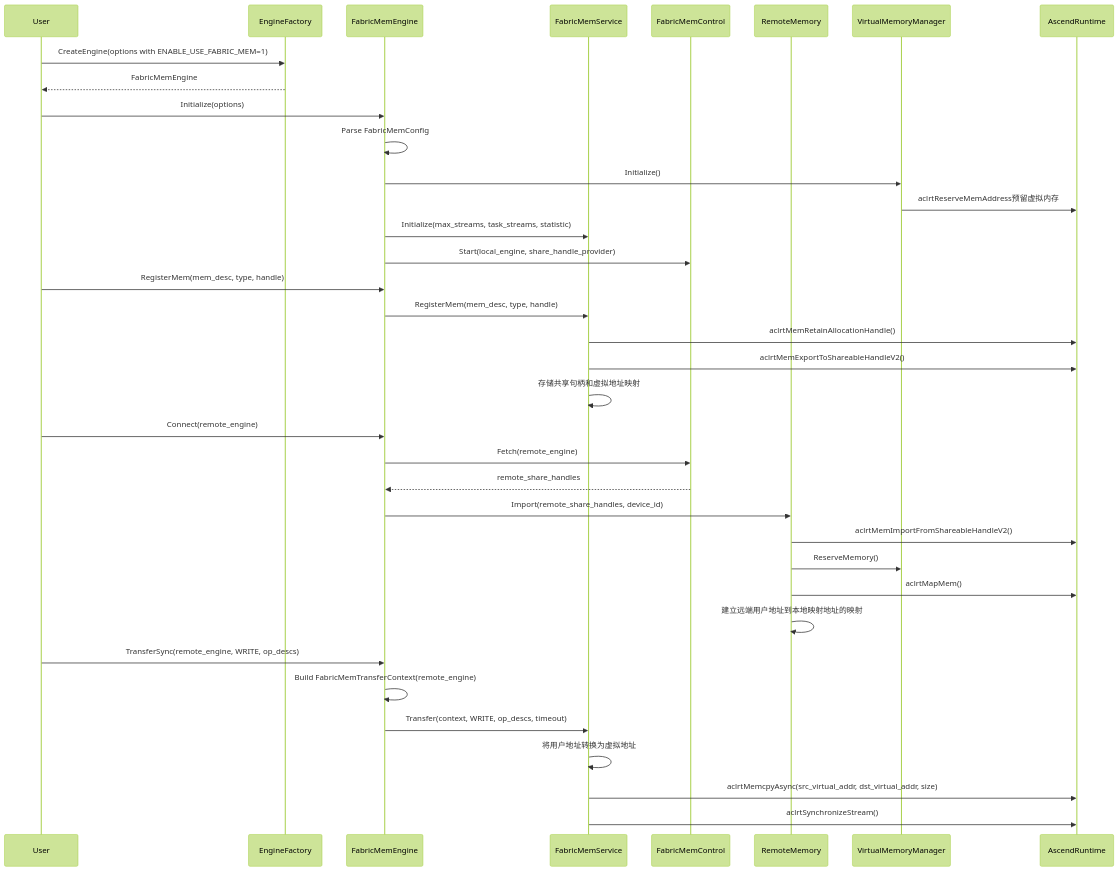
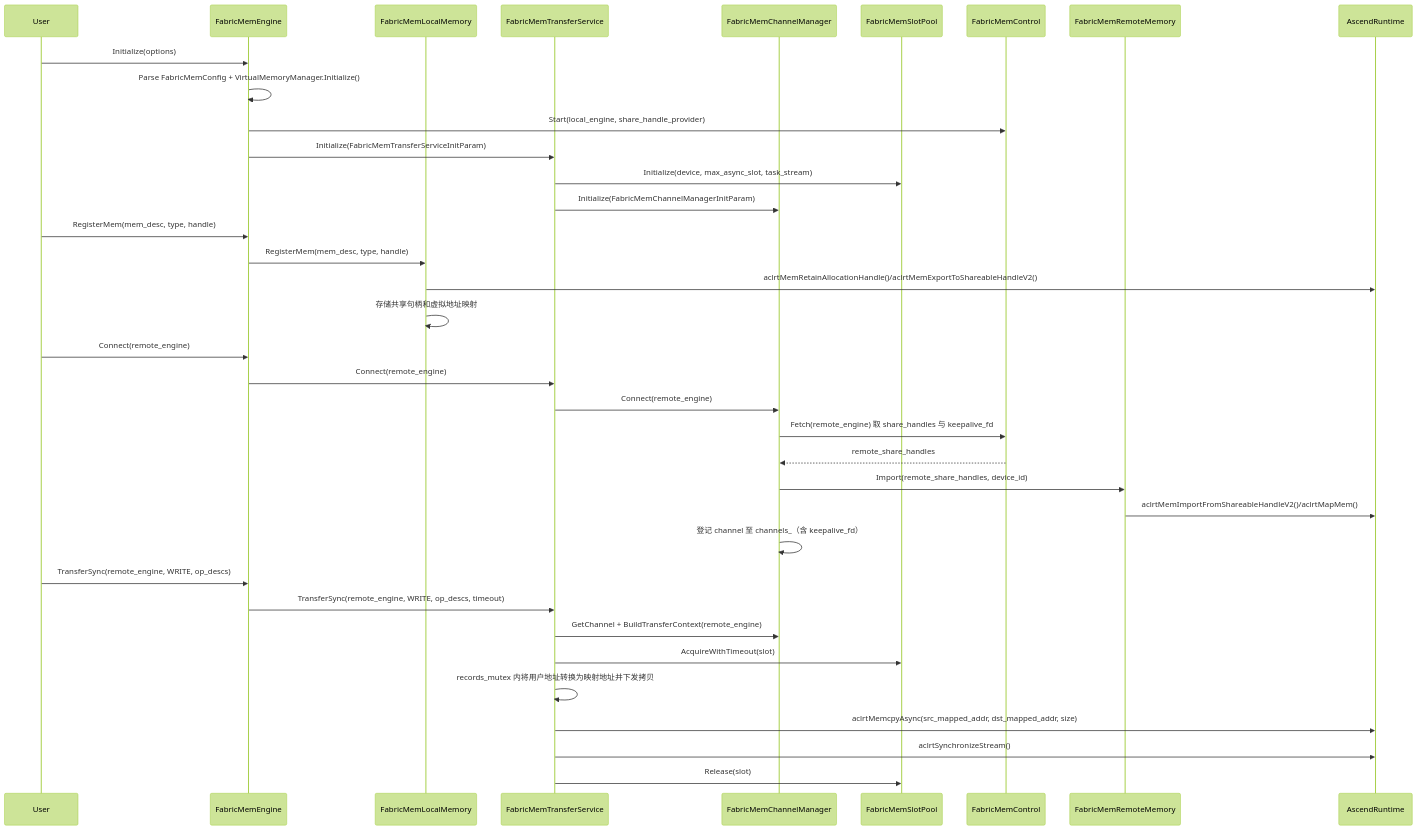
Before and after one commit to libochao-huawei/hixl: the second of 2 diagrams in docs/design/FabricMem模式设计.md, drawn with Mermaid (forest theme). The commit also changed other lines of this file and 17 other files, not shown here.

First line of the commit message:
[refactor]: 重构 fabric_mem 模块依赖与资源管理

````diff
--- a/docs/design/FabricMem模式设计.md
+++ b/docs/design/FabricMem模式设计.md
@@ -118,42 +162,42 @@
 ```mermaid
 sequenceDiagram
    participant User
-   participant EngineFactory
    participant FabricMemEngine
-   participant FabricMemService
-   participant FabricMemControl
-   participant RemoteMemory
-   participant VirtualMemoryManager
-   participant AscendRuntime
+   participant LocalMemory as FabricMemLocalMemory
+   participant Service as FabricMemTransferService
+   participant ChannelMgr as FabricMemChannelManager
+   participant SlotPool as FabricMemSlotPool
+   participant Control as FabricMemControl
+   participant RemoteMemory as FabricMemRemoteMemory
+   participant Runtime as AscendRuntime
 
-   User->>EngineFactory: CreateEngine(options with ENABLE_USE_FABRIC_MEM=1)
-   EngineFactory-->>User: FabricMemEngine
    User->>FabricMemEngine: Initialize(options)
-   FabricMemEngine->>FabricMemEngine: Parse FabricMemConfig
-   FabricMemEngine->>VirtualMemoryManager: Initialize()
-   VirtualMemoryManager->>AscendRuntime: aclrtReserveMemAddress预留虚拟内存
-   FabricMemEngine->>FabricMemService: Initialize(max_streams, task_streams, statistic)
-   FabricMemEngine->>FabricMemControl: Start(local_engine, share_handle_provider)
+   FabricMemEngine->>FabricMemEngine: Parse FabricMemConfig + VirtualMemoryManager.Initialize()
+   FabricMemEngine->>Control: Start(local_engine, share_handle_provider)
+   FabricMemEngine->>Service: Initialize(FabricMemTransferServiceInitParam)
+   Service->>SlotPool: Initialize(device, max_async_slot, task_stream)
+   Service->>ChannelMgr: Initialize(FabricMemChannelManagerInitParam)
 
    User->>FabricMemEngine: RegisterMem(mem_desc, type, handle)
-   FabricMemEngine->>FabricMemService: RegisterMem(mem_desc, type, handle)
-   FabricMemService->>AscendRuntime: aclrtMemRetainAllocationHandle()
-   FabricMemService->>AscendRuntime: aclrtMemExportToShareableHandleV2()
-   FabricMemService->>FabricMemService: 存储共享句柄和虚拟地址映射
+   FabricMemEngine->>LocalMemory: RegisterMem(mem_desc, type, handle)
+   LocalMemory->>Runtime: aclrtMemRetainAllocationHandle()/aclrtMemExportToShareableHandleV2()
+   LocalMemory->>LocalMemory: 存储共享句柄和虚拟地址映射
 
    User->>FabricMemEngine: Connect(remote_engine)
-   FabricMemEngine->>FabricMemControl: Fetch(remote_engine)
-   FabricMemControl-->>FabricMemEngine: remote_share_handles
-   FabricMemEngine->>RemoteMemory: Import(remote_share_handles, device_id)
-   RemoteMemory->>AscendRuntime: aclrtMemImportFromShareableHandleV2()
-   RemoteMemory->>VirtualMemoryManager: ReserveMemory()
-   RemoteMemory->>AscendRuntime: aclrtMapMem()
-   RemoteMemory->>RemoteMemory: 建立远端用户地址到本地映射地址的映射
+   FabricMemEngine->>Service: Connect(remote_engine)
+   Service->>ChannelMgr: Connect(remote_engine)
+   ChannelMgr->>Control: Fetch(remote_engine) 取 share_handles 与 keepalive_fd
+   Control-->>ChannelMgr: remote_share_handles
+   ChannelMgr->>RemoteMemory: Import(remote_share_handles, device_id)
+   RemoteMemory->>Runtime: aclrtMemImportFromShareableHandleV2()/aclrtMapMem()
+   ChannelMgr->>ChannelMgr: 登记 channel 至 channels_（含 keepalive_fd）
 
    User->>FabricMemEngine: TransferSync(remote_engine, WRITE, op_descs)
-   FabricMemEngine->>FabricMemEngine: Build FabricMemTransferContext(remote_engine)
-   FabricMemEngine->>FabricMemService: Transfer(context, WRITE, op_descs, timeout)
-   FabricMemService->>FabricMemService: 将用户地址转换为虚拟地址
-   FabricMemService->>AscendRuntime: aclrtMemcpyAsync(src_virtual_addr, dst_virtual_addr, size)
-   FabricMemService->>AscendRuntime: aclrtSynchronizeStream()
+   FabricMemEngine->>Service: TransferSync(remote_engine, WRITE, op_descs, timeout)
+   Service->>ChannelMgr: GetChannel + BuildTransferContext(remote_engine)
+   Service->>SlotPool: AcquireWithTimeout(slot)
+   Service->>Service: records_mutex 内将用户地址转换为映射地址并下发拷贝
+   Service->>Runtime: aclrtMemcpyAsync(src_mapped_addr, dst_mapped_addr, size)
+   Service->>Runtime: aclrtSynchronizeStream()
+   Service->>SlotPool: Release(slot)
 ```
````
